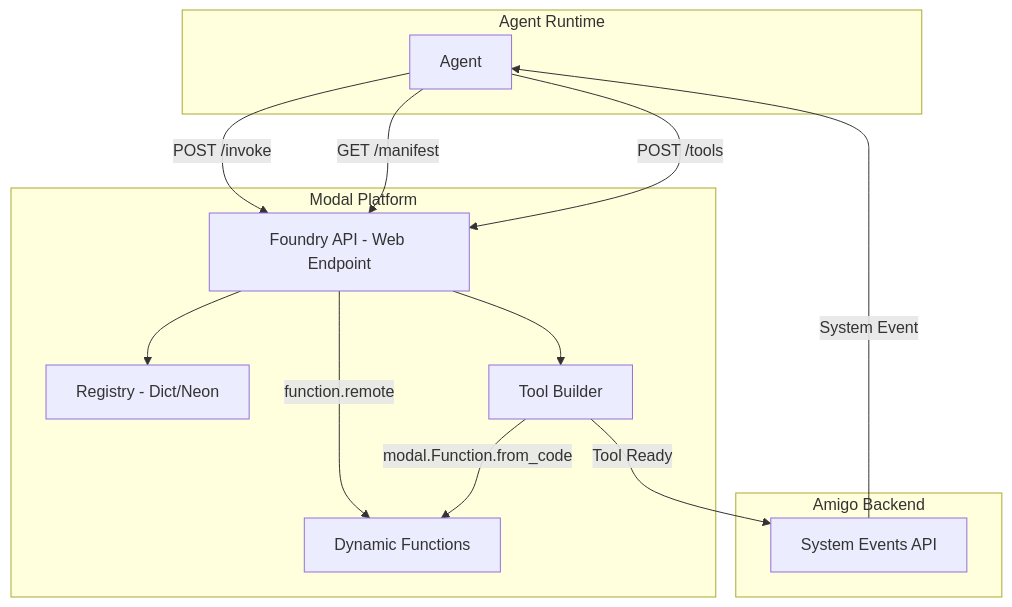
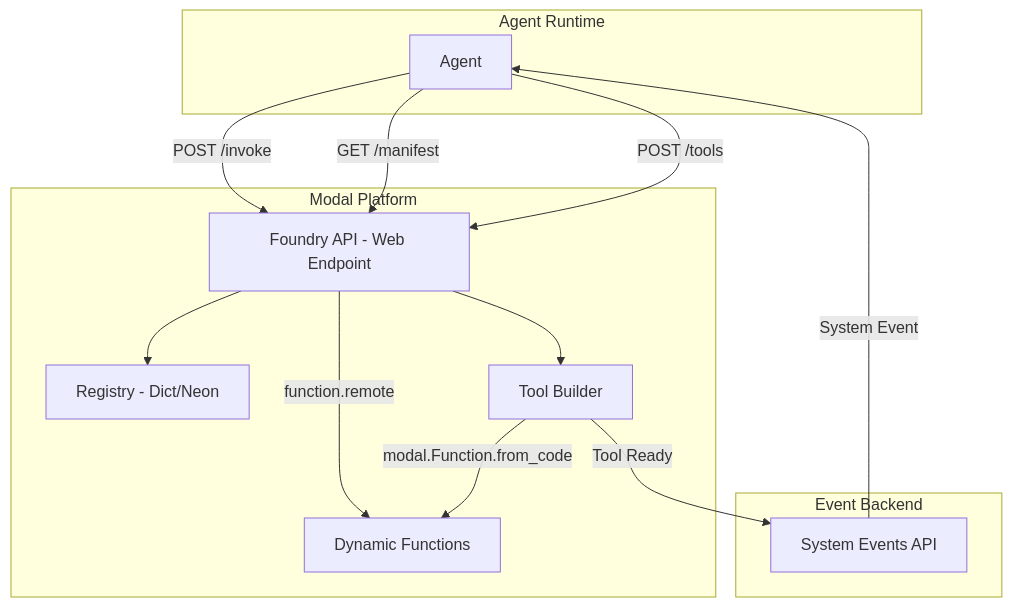
The diagram in README.md (cameron-eth/foundry), drawn with Mermaid before and after one commit. The commit also changed other lines of this file and 9 other files, not shown here.

````diff
--- a/README.md
+++ b/README.md
@@ -19,29 +19,29 @@
 ```mermaid
 flowchart TB
     subgraph agent [Agent Runtime]
         AR[Agent]
     end
     
     subgraph modal [Modal Platform]
         API[Foundry API - Web Endpoint]
         Registry[Registry - Dict/Neon]
         Builder[Tool Builder]
         Functions[Dynamic Functions]
     end
     
-    subgraph amigo [Amigo Backend]
+    subgraph events [Event Backend]
         Events[System Events API]
     end
     
     AR -->|"POST /tools"| API
     AR -->|"GET /manifest"| API
     AR -->|"POST /invoke"| API
     
     API --> Registry
     API --> Builder
     Builder -->|"modal.Function.from_code"| Functions
     Builder -->|"Tool Ready"| Events
     Events -->|"System Event"| AR
     
     API -->|"function.remote"| Functions
 ```
````
